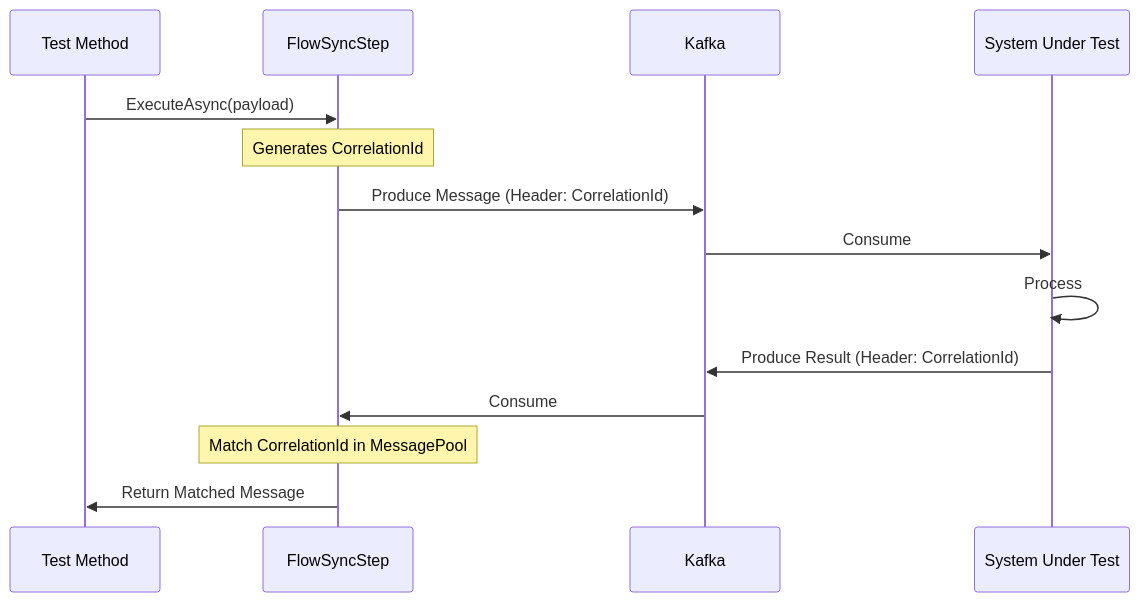
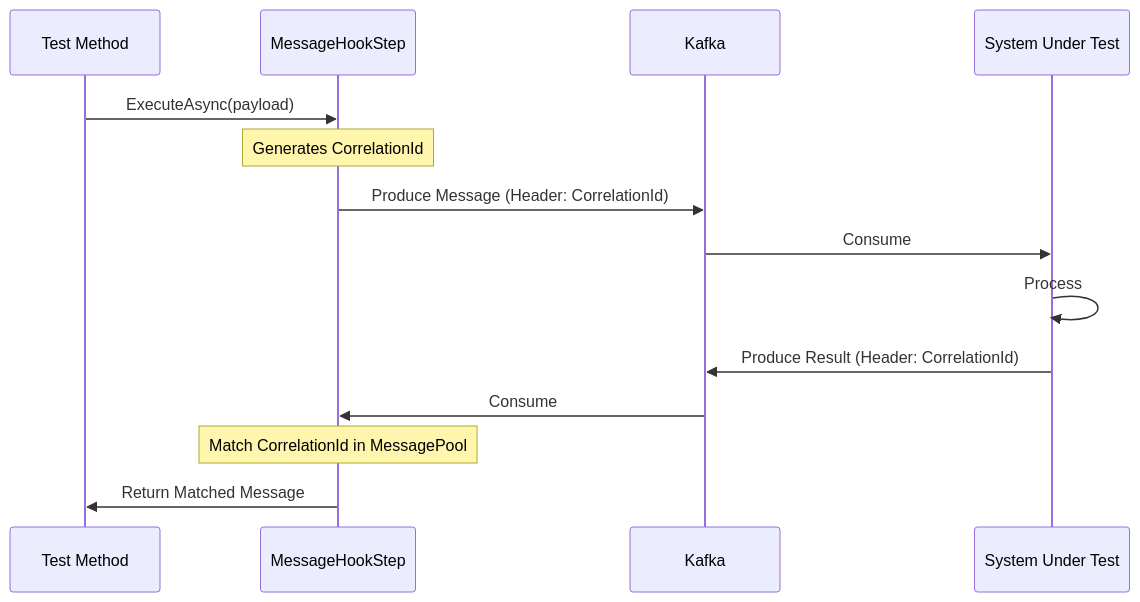
The second of 3 diagrams in docs/High-Level-Design.md (Asher-P/flowsync-testkit), drawn with Mermaid before and after one commit. The commit also changed other lines of this file and 144 other files, not shown here.

First line of the commit message:
Rename FlowSync -> MessageHook throughout

````diff
--- a/docs/High-Level-Design.md
+++ b/docs/High-Level-Design.md
@@ -74,17 +74,17 @@
 ```mermaid
 sequenceDiagram
     participant Test as Test Method
-    participant JS as FlowSyncStep
+    participant JS as MessageHookStep
     participant Kafka as Kafka
     participant SUT as System Under Test
 
     Test->>JS: ExecuteAsync(payload)
     Note over JS: Generates CorrelationId
     JS->>Kafka: Produce Message (Header: CorrelationId)
     Kafka->>SUT: Consume
     SUT->>SUT: Process
     SUT->>Kafka: Produce Result (Header: CorrelationId)
     Kafka->>JS: Consume
     Note over JS: Match CorrelationId in MessagePool
     JS->>Test: Return Matched Message
 ```
````
